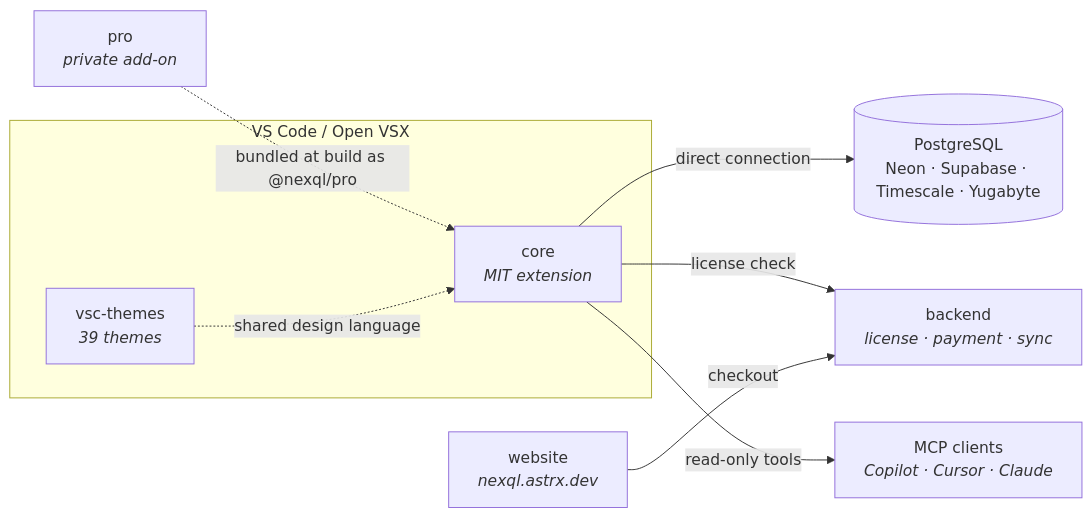
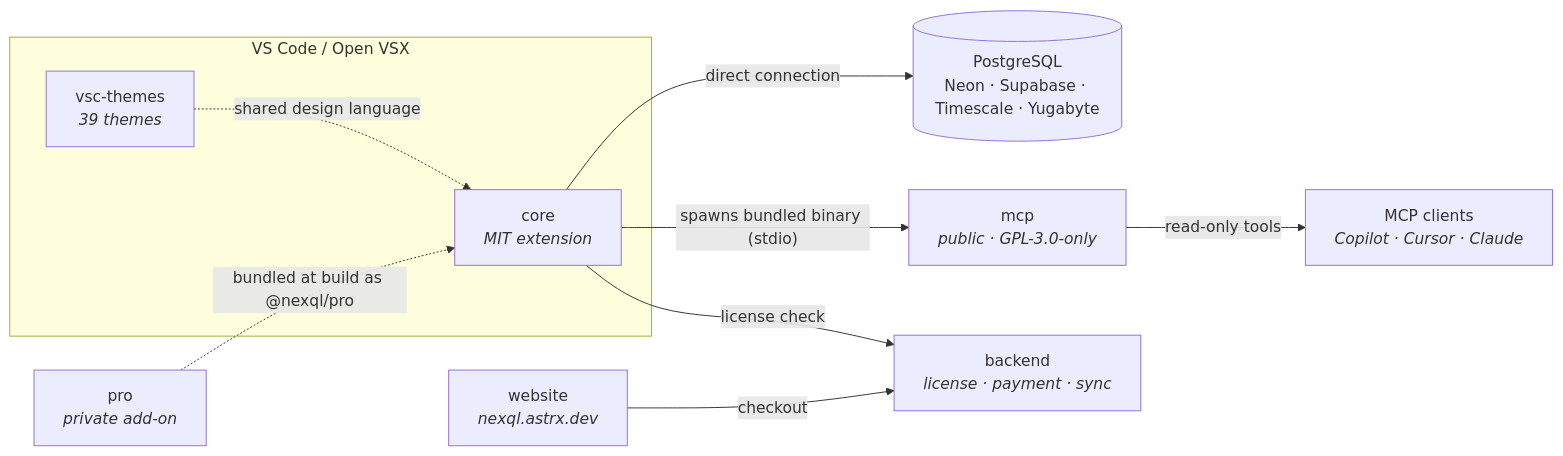
Before and after one commit to NexQL-OSS/.github: the diagram in profile/README.md, drawn with Mermaid. The commit also changed other lines of this file, not shown here.

Commit message:
docs: update README to include mcp server details and licensing information

````diff
--- a/profile/README.md
+++ b/profile/README.md
@@ -108,20 +110,22 @@
 ```mermaid
 flowchart LR
     subgraph editor["VS Code / Open VSX"]
         core["core<br/><i>MIT extension</i>"]
         themes["vsc-themes<br/><i>39 themes</i>"]
     end
 
     pro["pro<br/><i>private add-on</i>"]
+    mcp["mcp<br/><i>public · GPL-3.0-only</i>"]
     backend["backend<br/><i>license · payment · sync</i>"]
     site["website<br/><i>nexql.astrx.dev</i>"]
     pg[("PostgreSQL<br/>Neon · Supabase · Timescale · Yugabyte")]
     agents["MCP clients<br/><i>Copilot · Cursor · Claude</i>"]
 
     core -->|"direct connection"| pg
     pro -.->|"bundled at build as @nexql/pro"| core
+    core -->|"spawns bundled binary (stdio)"| mcp
+    mcp -->|"read-only tools"| agents
     core -->|"license check"| backend
     site -->|"checkout"| backend
-    core -->|"read-only tools"| agents
     themes -.->|"shared design language"| core
 ```
````
